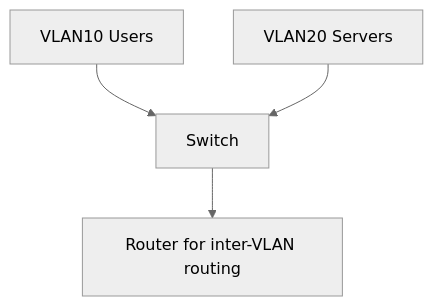
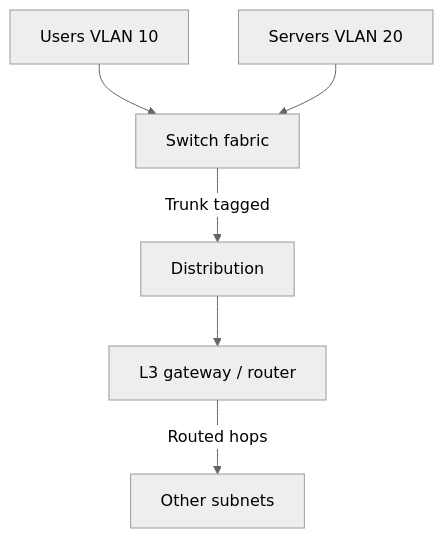
The second of 36 diagrams in learning/11-protocols-reference.md (omnayak27199/pktana), drawn with Mermaid (neutral theme) before and after one commit. The commit also changed other lines of this file and 14 other files, not shown here.

````diff
--- a/learning/11-protocols-reference.md
+++ b/learning/11-protocols-reference.md
@@ -51,6 +237,8 @@
 ```mermaid
 flowchart TB
-  V10[VLAN10 Users] --> SW[Switch]
-  V20[VLAN20 Servers] --> SW
-  SW --> R[Router for inter-VLAN routing]
+  U10[Users VLAN 10] --> SW[Switch fabric]
+  S20[Servers VLAN 20] --> SW
+  SW -->|Trunk tagged| SW2[Distribution]
+  SW2 --> R[L3 gateway / router]
+  R -->|Routed hops| Other[Other subnets]
 ```
````
